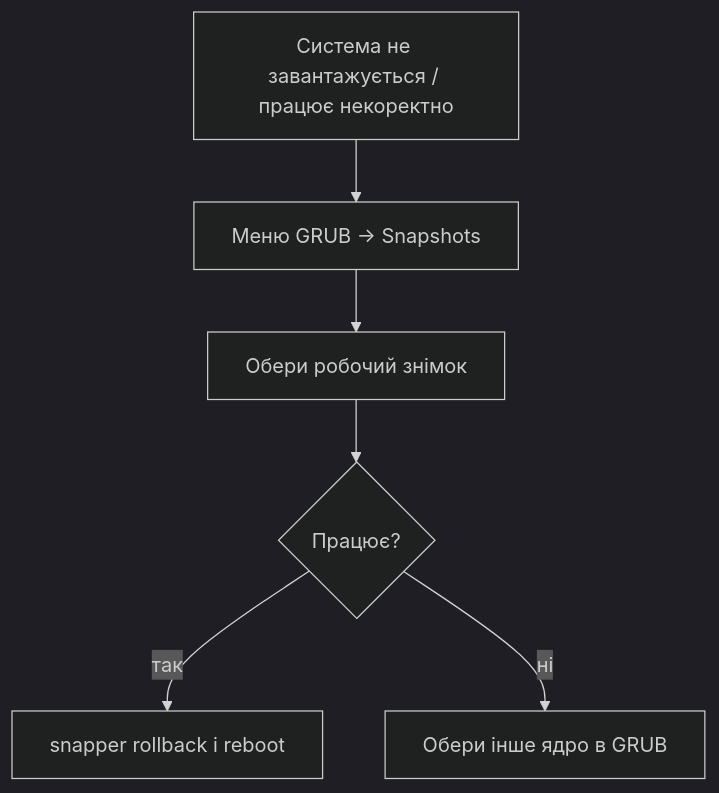
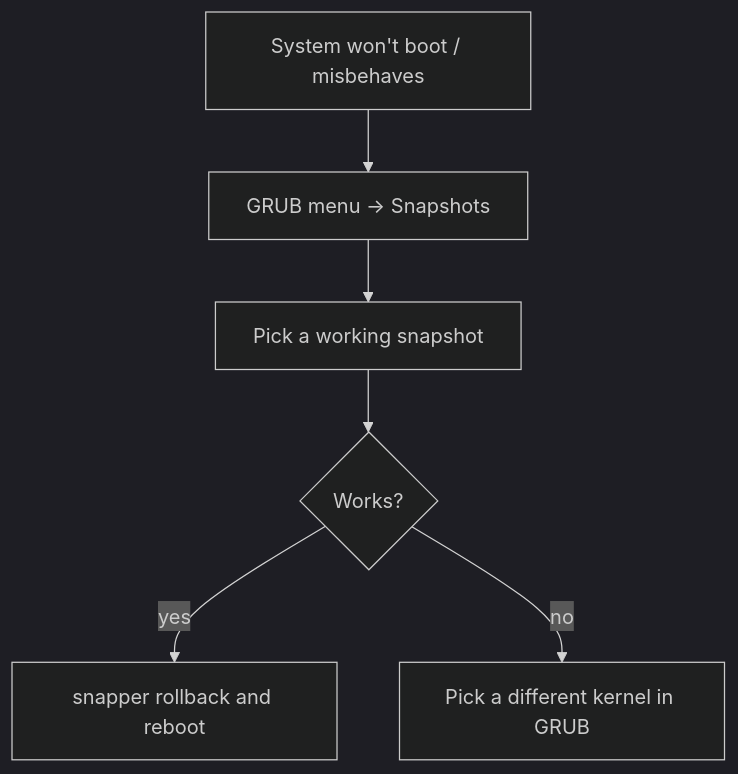
Diagram 12 of 13 in commands.md (andriyevski/python-learning-portfolio), drawn with Mermaid (dark theme) before and after one commit. The commit also changed other lines of this file and 3 other files, not shown here.

````diff
--- a/commands.md
+++ b/commands.md
@@ -729,8 +738,8 @@
 ```mermaid
 graph TD
-    A["Система не завантажується / працює некоректно"] --> B["Меню GRUB → Snapshots"]
-    B --> C["Обери робочий знімок"]
-    C --> D{"Працює?"}
-    D -->|"так"| E["snapper rollback і reboot"]
-    D -->|"ні"| F["Обери інше ядро в GRUB"]
+    A["System won't boot / misbehaves"] --> B["GRUB menu → Snapshots"]
+    B --> C["Pick a working snapshot"]
+    C --> D{"Works?"}
+    D -->|"yes"| E["snapper rollback and reboot"]
+    D -->|"no"| F["Pick a different kernel in GRUB"]
 ```
````
